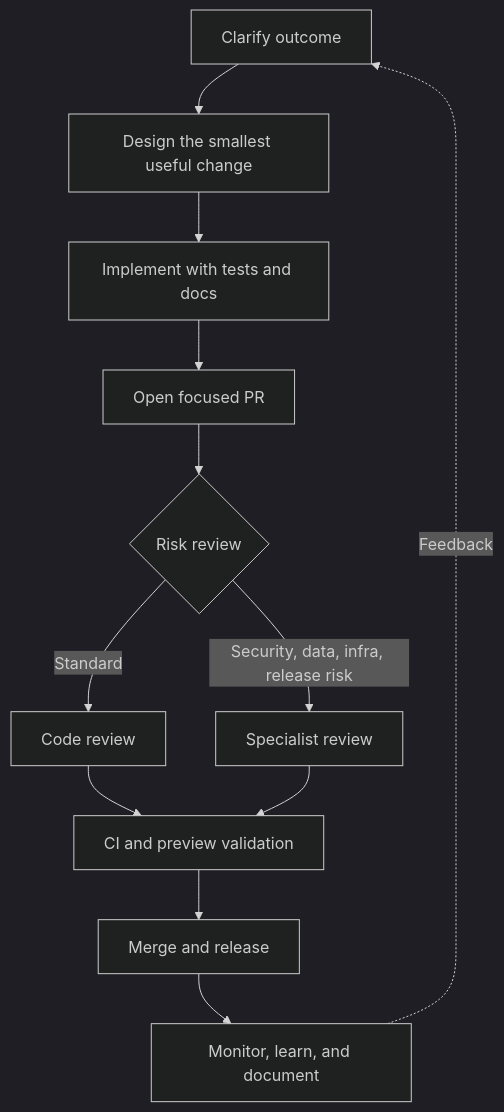
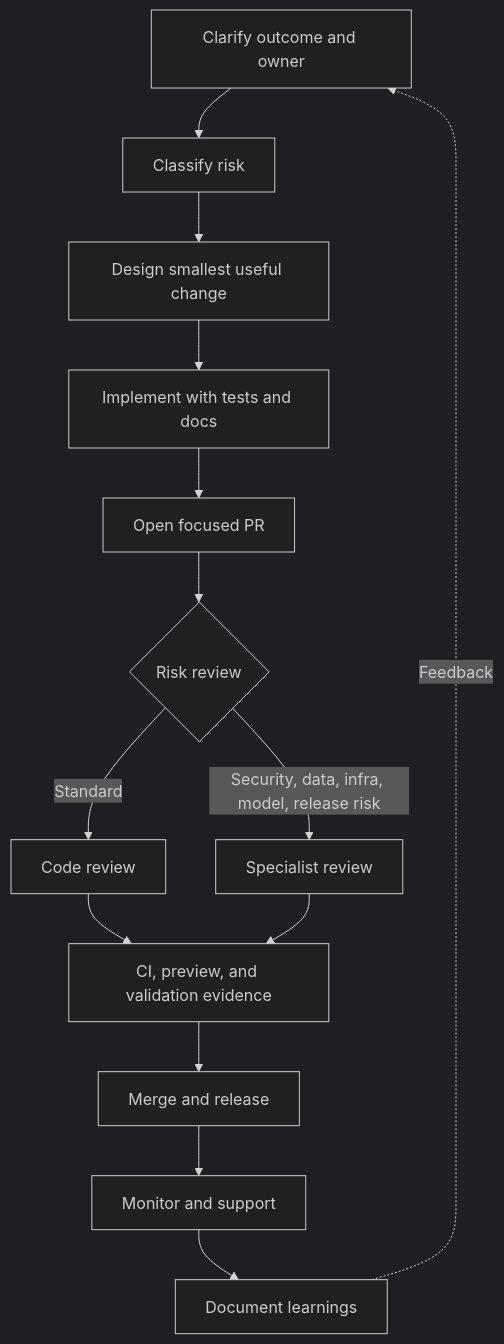
The first of 3 diagrams in docs/en/workflows/development.md (ultralytics/handbook), drawn with Mermaid (dark theme) before and after one commit. The commit also changed other lines of this file, not shown here.

````diff
--- a/docs/en/workflows/development.md
+++ b/docs/en/workflows/development.md
@@ -23,14 +87,16 @@
 ```mermaid
 flowchart TD
-    A[Clarify outcome] --> B[Design the smallest useful change]
-    B --> C[Implement with tests and docs]
-    C --> D[Open focused PR]
-    D --> E{Risk review}
-    E -->|Standard| F[Code review]
-    E -->|Security, data, infra, release risk| G[Specialist review]
-    F --> H[CI and preview validation]
-    G --> H
-    H --> I[Merge and release]
-    I --> J[Monitor, learn, and document]
-    J -. Feedback .-> A
+    A[Clarify outcome and owner] --> B[Classify risk]
+    B --> C[Design smallest useful change]
+    C --> D[Implement with tests and docs]
+    D --> E[Open focused PR]
+    E --> F{Risk review}
+    F -->|Standard| G[Code review]
+    F -->|Security, data, infra, model, release risk| H[Specialist review]
+    G --> I[CI, preview, and validation evidence]
+    H --> I
+    I --> J[Merge and release]
+    J --> K[Monitor and support]
+    K --> L[Document learnings]
+    L -. Feedback .-> A
 ```
````
